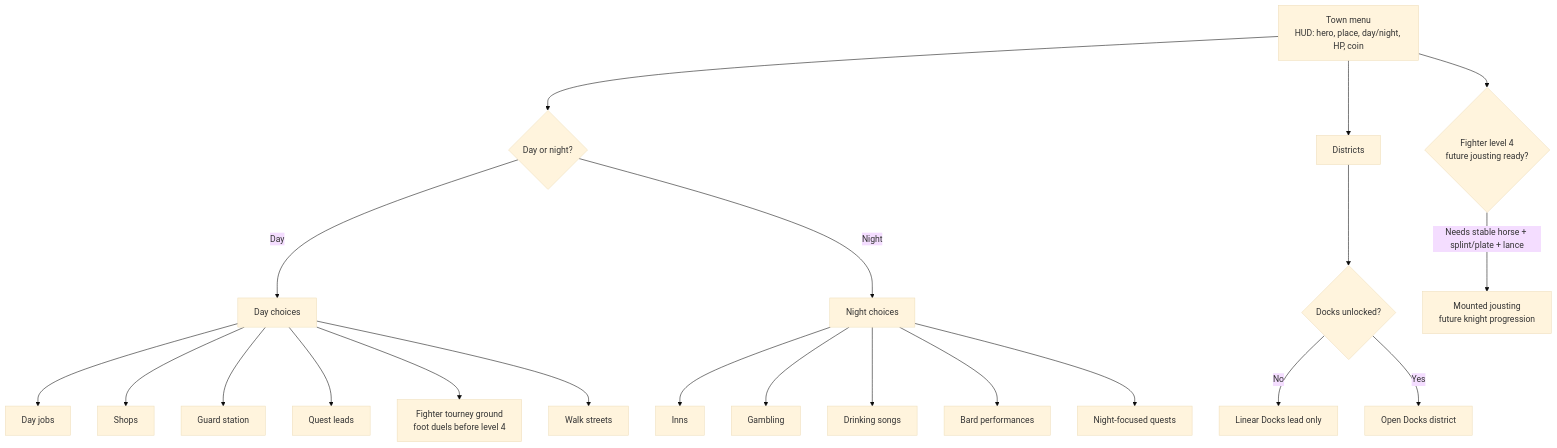
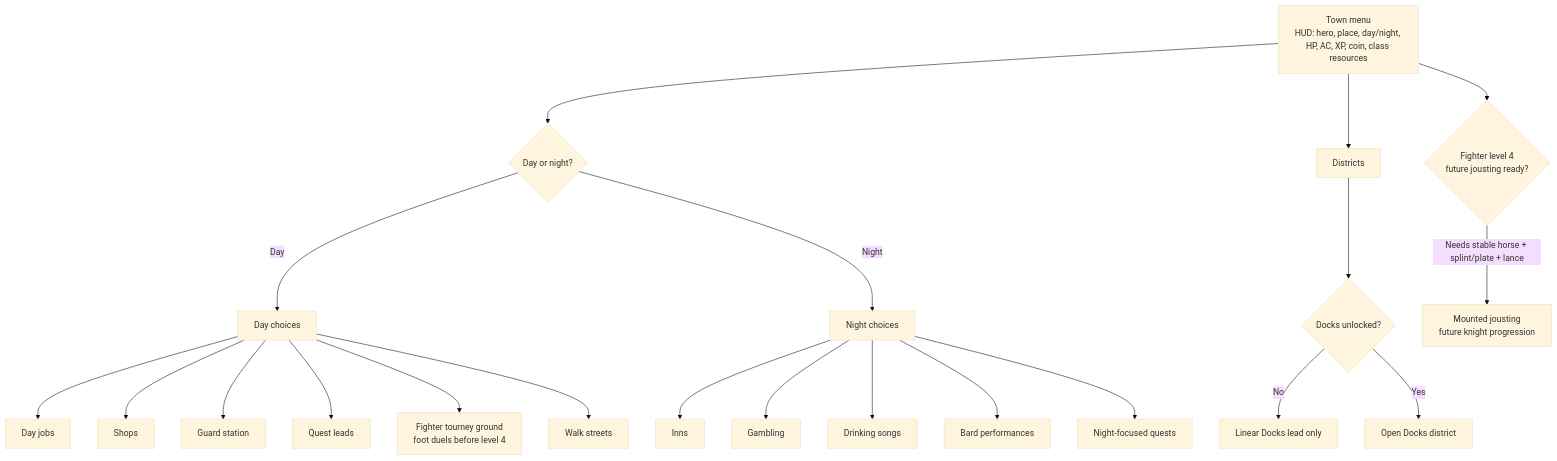
Before and after one commit to JesperYH24/dnd-git-adventure: the third of 3 diagrams in docs/visual-game-flow.md, drawn with Mermaid (base theme). The commit also changed 4 other files, not shown here.

Commit message:
Document expanded town HUD

````diff
--- a/docs/visual-game-flow.md
+++ b/docs/visual-game-flow.md
@@ -54,26 +54,26 @@
 ```mermaid
 flowchart TD
-    Town["Town menu\nHUD: hero, place, day/night, HP, coin"] --> Time{"Day or night?"}
+    Town["Town menu\nHUD: hero, place, day/night, HP, AC, XP, coin, class resources"] --> Time{"Day or night?"}
 
     Time -- "Day" --> DayChoices["Day choices"]
     DayChoices --> DayJobs["Day jobs"]
     DayChoices --> Shops["Shops"]
     DayChoices --> Guard["Guard station"]
     DayChoices --> QuestLeads["Quest leads"]
     DayChoices --> Tourney["Fighter tourney ground\nfoot duels before level 4"]
     DayChoices --> Streets["Walk streets"]
 
     Time -- "Night" --> NightChoices["Night choices"]
     NightChoices --> Inns["Inns"]
     NightChoices --> Gambling["Gambling"]
     NightChoices --> DrinkingSongs["Drinking songs"]
     NightChoices --> BardShows["Bard performances"]
     NightChoices --> NightQuests["Night-focused quests"]
 
     Town --> Districts["Districts"]
     Districts --> DocksGate{"Docks unlocked?"}
     DocksGate -- "No" --> DocksLead["Linear Docks lead only"]
     DocksGate -- "Yes" --> Docks["Open Docks district"]
     Town --> KnightGate{"Fighter level 4\nfuture jousting ready?"}
     KnightGate -- "Needs stable horse + splint/plate + lance" --> FutureJoust["Mounted jousting\nfuture knight progression"]
 ```
````
